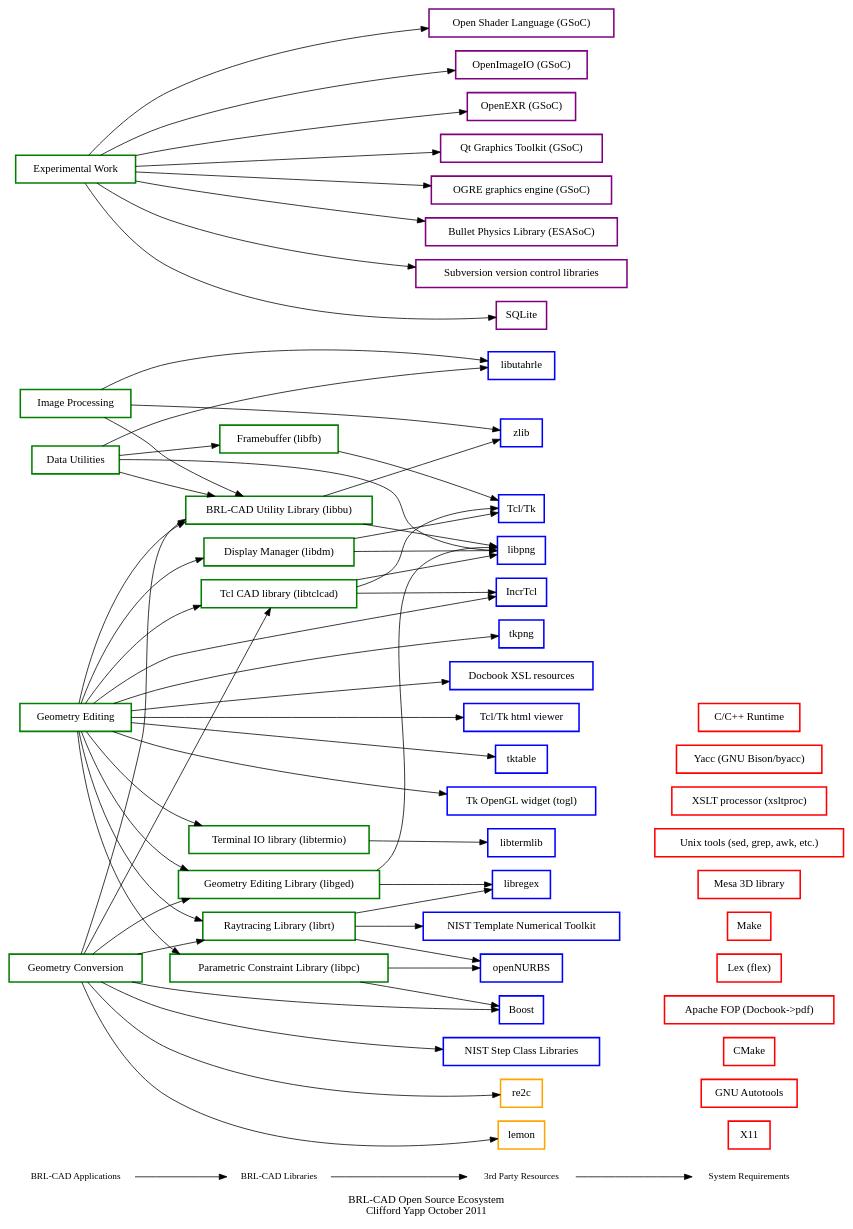
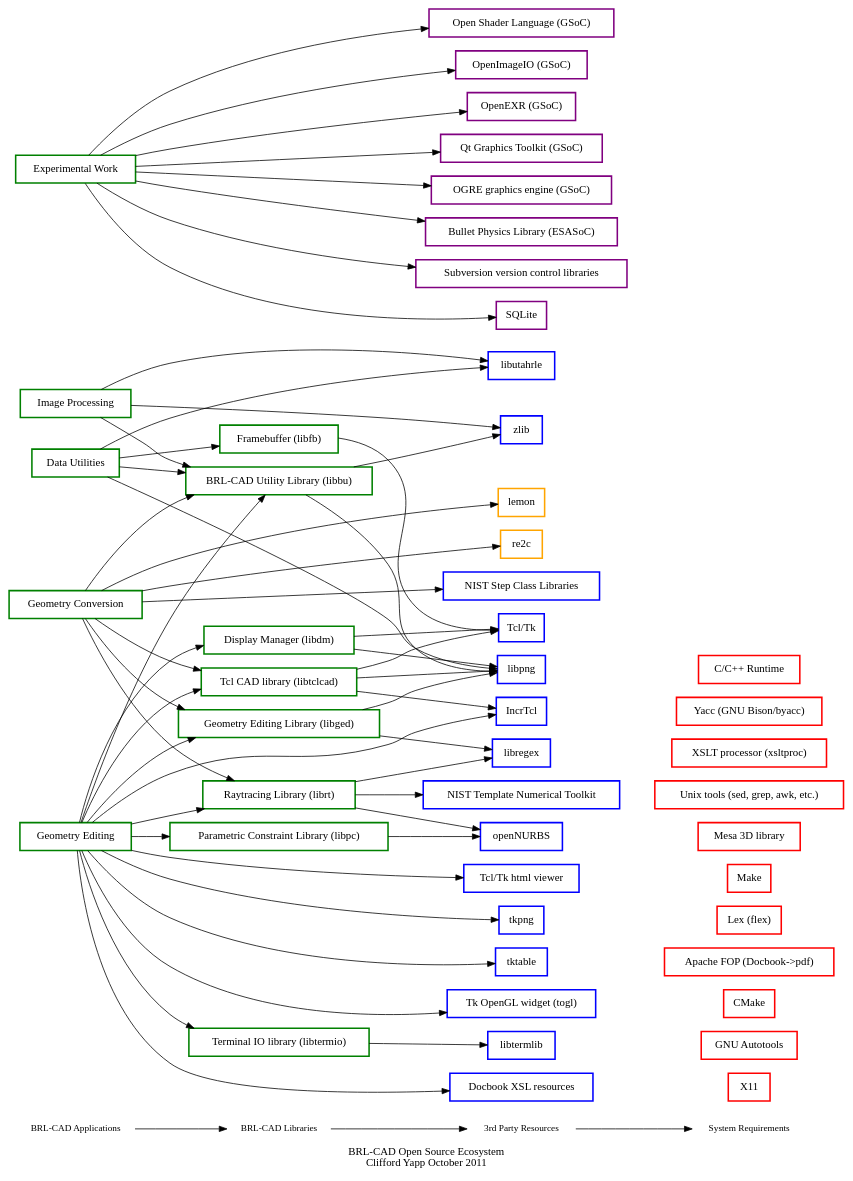
The diagram in doc/ecosystem.dot (maths22/brlcad), drawn with Graphviz before and after one commit. The commit also changed 3279 other files, not shown here.

Commit message:
It's unlikely we'll be using this version of libpc, it is not currently needed for anything, and it's the final user of boost.  svn has the implementation if we need it.  In the meantime clear out boost.

```diff
--- a/doc/ecosystem.dot
+++ b/doc/ecosystem.dot
@@ -1,200 +1,197 @@
 /*                   E C O S Y S T E M . D O T
  * BRL-CAD
  *
  * Copyright (c) 2011-2014 United States Government as represented by
  * the U.S. Army Research Laboratory.
  *
  * Redistribution and use in source (Graphviz format) and 'compiled'
  * forms (PDF, PostScript, HTML, RTF, etc.), with or without
  * modification, are permitted provided that the following conditions
  * are met:
  *
  * 1. Redistributions of source code (Docbook format) must retain the
  * above copyright notice, this list of conditions and the following
  * disclaimer.
  *
  * 2. Redistributions in compiled form (transformed to other DTDs,
  * converted to PDF, PostScript, HTML, RTF, and other formats) must
  * reproduce the above copyright notice, this list of conditions and
  * the following disclaimer in the documentation and/or other
  * materials provided with the distribution.
  *
  * 3. The name of the author may not be used to endorse or promote
  * products derived from this documentation without specific prior
  * written permission.
  *
  * THIS DOCUMENTATION IS PROVIDED BY THE AUTHOR AS IS'' AND ANY
  * EXPRESS OR IMPLIED WARRANTIES, INCLUDING, BUT NOT LIMITED TO, THE
  * IMPLIED WARRANTIES OF MERCHANTABILITY AND FITNESS FOR A PARTICULAR
  * PURPOSE ARE DISCLAIMED. IN NO EVENT SHALL THE AUTHOR BE LIABLE FOR
  * ANY DIRECT, INDIRECT, INCIDENTAL, SPECIAL, EXEMPLARY, OR
  * CONSEQUENTIAL DAMAGES (INCLUDING, BUT NOT LIMITED TO, PROCUREMENT
  * OF SUBSTITUTE GOODS OR SERVICES; LOSS OF USE, DATA, OR PROFITS; OR
  * BUSINESS INTERRUPTION) HOWEVER CAUSED AND ON ANY THEORY OF
  * LIABILITY, WHETHER IN CONTRACT, STRICT LIABILITY, OR TORT
  * (INCLUDING NEGLIGENCE OR OTHERWISE) ARISING IN ANY WAY OUT OF THE
  * USE OF THIS DOCUMENTATION, EVEN IF ADVISED OF THE POSSIBILITY OF
  * SUCH DAMAGE.
  */
 
 digraph BRLCADDeps{
 	//overlap=scale
 	rankdir=LR;
 	label="BRL-CAD Open Source Ecosystem\nClifford Yapp October 2011";
 
 	{
 	     node [shape=plaintext, fontsize=12];
 	     "BRL-CAD Applications" -> "BRL-CAD Libraries" -> "3rd Party Resources" -> "System Requirements";
 	};
 
 
 	// Libraries
 
 	tcltk [color = "blue", style = bold, shape = box, label = "Tcl/Tk"];
 	tkhtml [color = "blue", style = bold, shape = box, label = "Tcl/Tk html viewer"];
 	tkpng [color = "blue", style = bold, shape = box, label = "tkpng"];
 	tktable [color = "blue", style = bold, shape = box, label = "tktable"];
 	togl [color = "blue", style = bold, shape = box, label = "Tk OpenGL widget (togl)"];
 	incrTcl [color = "blue", style = bold, shape = box, label = "IncrTcl"];
 
 
-	boost [color = "blue", style = bold, shape = box, label = "Boost"];
 	libpng [color = "blue", style = bold, shape = box, label = "libpng"];
 	libregex [color = "blue", style = bold, shape = box, label = "libregex"];
 	libtermlib [color = "blue", style = bold, shape = box, label = "libtermlib"];
 	libutahrle [color = "blue", style = bold, shape = box, label = "libutahrle"];
 	opennurbs [color = "blue", style = bold, shape = box, label = "openNURBS"];
 	scl [color = "blue", style = bold, shape = box, label = "NIST Step Class Libraries"];
 	tnt [color = "blue", style = bold, shape = box, label = "NIST Template Numerical Toolkit"];
 	xsl [color = "blue", style = bold, shape = box, label = "Docbook XSL resources"];
 	zlib [color = "blue", style = bold, shape = box, label = "zlib"];
 
 	// Tools
 	//re2clemon [color = "orange", style = bold, shape = box, label = "re2c + lemon"];
 	re2c [color = "orange", style = bold, shape = box, label = "re2c"];
 	lemon [color = "orange", style = bold, shape = box, label = "lemon"];
-	//{ rank = same; "3rd Party Resources"; tcltk; tkhtml; tkpng; tktable; togl; incrTcl; boost; libpng; libregex; libtermlib; libutahrle; opennurbs; scl; tnt; xsl; zlib; re2clemon; }
-	{ rank = same; "3rd Party Resources"; tcltk; tkhtml; tkpng; tktable; togl; incrTcl; boost; libpng; libregex; libtermlib; libutahrle; opennurbs; scl; tnt; xsl; zlib; re2c; lemon; }
+	//{ rank = same; "3rd Party Resources"; tcltk; tkhtml; tkpng; tktable; togl; incrTcl; libpng; libregex; libtermlib; libutahrle; opennurbs; scl; tnt; xsl; zlib; re2clemon; }
+	{ rank = same; "3rd Party Resources"; tcltk; tkhtml; tkpng; tktable; togl; incrTcl; libpng; libregex; libtermlib; libutahrle; opennurbs; scl; tnt; xsl; zlib; re2c; lemon; }
 	// GSoC
 	osl [color = "purple", style = bold, shape = box, label = "Open Shader Language (GSoC)"];
 	oiio [color = "purple", style = bold, shape = box, label = "OpenImageIO (GSoC)"];
 	openexr [color = "purple", style = bold, shape = box, label = "OpenEXR (GSoC)"];
 	qt [color = "purple", style = bold, shape = box, label = "Qt Graphics Toolkit (GSoC)"];
 	ogre3d [color = "purple", style = bold, shape = box, label = "OGRE graphics engine (GSoC)"];
 	bullet [color = "purple", style = bold, shape = box, label = "Bullet Physics Library (ESASoC)"];
 
 	{ rank = same; "3rd Party Resources"; bullet; osl; oiio; openexr; qt; ogre3d; }
 
 	// GeomCore only
 	subversion [color = "purple", style = bold, shape = box, label = "Subversion version control libraries"];
 	//apr [color = "purple", style = bold, shape = box, label = "Apache Portable Runtime"];
 	//uuid [color = "purple", style = bold, shape = box, label = "Universally Unique Identifiers (OSSP uuid)"];
 	sqlite [color = "purple", style = bold, shape = box, label = "SQLite"];
 
 	{ rank = same; "3rd Party Resources"; subversion; sqlite; }
 
 	// System (not bundled)
 	X11 [color = "red", style = bold, shape = box, label = "X11"];
 	autotools [color = "red", style = bold, shape = box, label = "GNU Autotools"];
 	cmake [color = "red", style = bold, shape = box, label = "CMake"];
 	fop [color = "red", style = bold, shape = box, label = "Apache FOP (Docbook->pdf)"];
 	lex [color = "red", style = bold, shape = box, label = "Lex (flex)"];
 	make [color = "red", style = bold, shape = box, label = "Make"];
 	mesa [color = "red", style = bold, shape = box, label = "Mesa 3D library"];
 	unixtools [color = "red", style = bold, shape = box, label = "Unix tools (sed, grep, awk, etc.)"];
 	xsltproc [color = "red", style = bold, shape = box, label = "XSLT processor (xsltproc)"];
 	yacc [color = "red", style = bold, shape = box, label = "Yacc (GNU Bison/byacc)"];
 	crun [color = "red", style = bold, shape = box, label = "C/C++ Runtime"];
 
 	{ rank = same; "System Requirements"; X11; autotools; cmake; crun; fop; lex; make; mesa; unixtools; xsltproc; yacc; }
 
 	// BRL-CAD components
 	libbu [color = "green", style = bold, shape = box, label = "BRL-CAD Utility Library (libbu)"];
 	libpc [color = "green", style = bold, shape = box, label = "Parametric Constraint Library (libpc)"];
 	librt [color = "green", style = bold, shape = box, label = "Raytracing Library (librt)"];
 	libdm [color = "green", style = bold, shape = box, label = "Display Manager (libdm)"];
 	libfb [color = "green", style = bold, shape = box, label = "Framebuffer (libfb)"];
 	libged [color = "green", style = bold, shape = box, label = "Geometry Editing Library (libged)"];
 	libtclcad [color = "green", style = bold, shape = box, label = "Tcl CAD library (libtclcad)"];
 	libtermio [color = "green", style = bold, shape = box, label = "Terminal IO library (libtermio)"];
 
 	{ rank = same; "BRL-CAD Libraries"; libbu; libpc; librt; libdm; libged; libtclcad; libtermio; }
 
 	// BRL-CAD Application Categories
 	geomedit [color = "green", style = bold, shape = box, label = "Geometry Editing"];
 	geomconv [color = "green", style = bold, shape = box, label = "Geometry Conversion"];
 	datautil [color = "green", style = bold, shape = box, label = "Data Utilities"];
 	imageproc [color = "green", style = bold, shape = box, label = "Image Processing"];
 	experimental [color = "green", style = bold, shape = box, label = "Experimental Work"];
 
 	{ rank = same; "BRL-CAD Applications"; geomedit; geomconv; datautil; imageproc; experimental; }
 
 
 	/* Relationships */
 
 	libbu -> libpng;
 	libbu -> zlib;
 
-	libpc -> boost;
 	libpc -> opennurbs;
 
 	librt -> libregex;
 	librt -> tnt;
 	librt -> opennurbs;
 
 	libdm -> tcltk;
 	libdm -> libpng;
 
 	libfb -> tcltk;
 
 	libged -> libregex;
 	libged -> libpng;
 
 	libtclcad -> tcltk;
 	libtclcad -> incrTcl;
 	libtclcad -> libpng;
 
 	libtermio -> libtermlib;
 
 	experimental -> osl;
 	experimental -> oiio;
 	experimental -> openexr;
 	experimental -> qt;
 	experimental -> ogre3d;
 	experimental -> sqlite;
 	experimental -> subversion;
 	experimental -> bullet;
 
 	geomedit -> libbu;
 	geomedit -> libpc;
 	geomedit -> librt;
 	geomedit -> libdm;
 	geomedit -> libged;
 	geomedit -> libtclcad;
 	geomedit -> libtermio;
 	geomedit -> tkhtml;
 	geomedit -> tkpng;
 	geomedit -> tktable;
 	geomedit -> togl;
 	geomedit -> incrTcl;
 	geomedit -> xsl;
 	geomconv -> libbu;
 	geomconv -> librt;
 	geomconv -> libtclcad;
 	geomconv -> libged;
 	geomconv -> scl;
-	geomconv -> boost;
 	geomconv -> lemon;
 	geomconv -> re2c;
 
 	datautil -> libbu;
 	datautil -> libfb;
 	datautil -> libpng;
 	datautil -> libutahrle;
 
 	imageproc -> libbu;
 	imageproc -> libutahrle;
 	imageproc -> zlib;
 
 
 }
```
